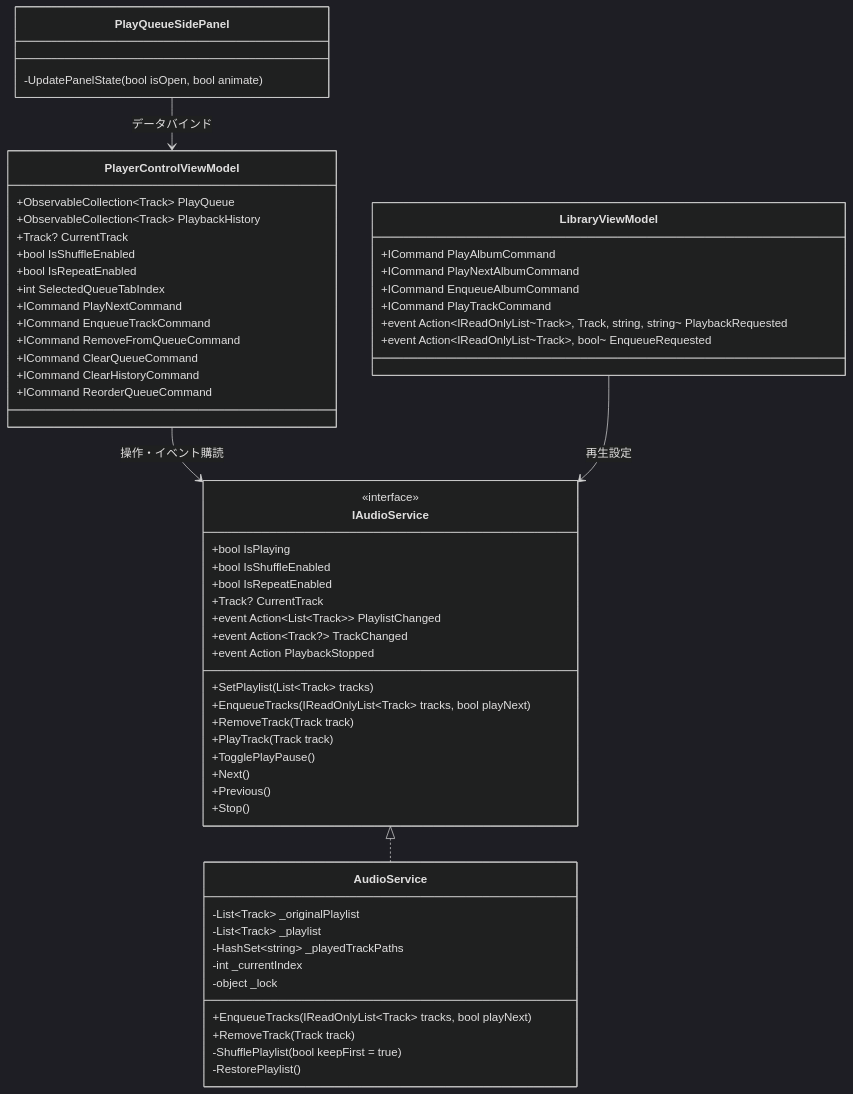
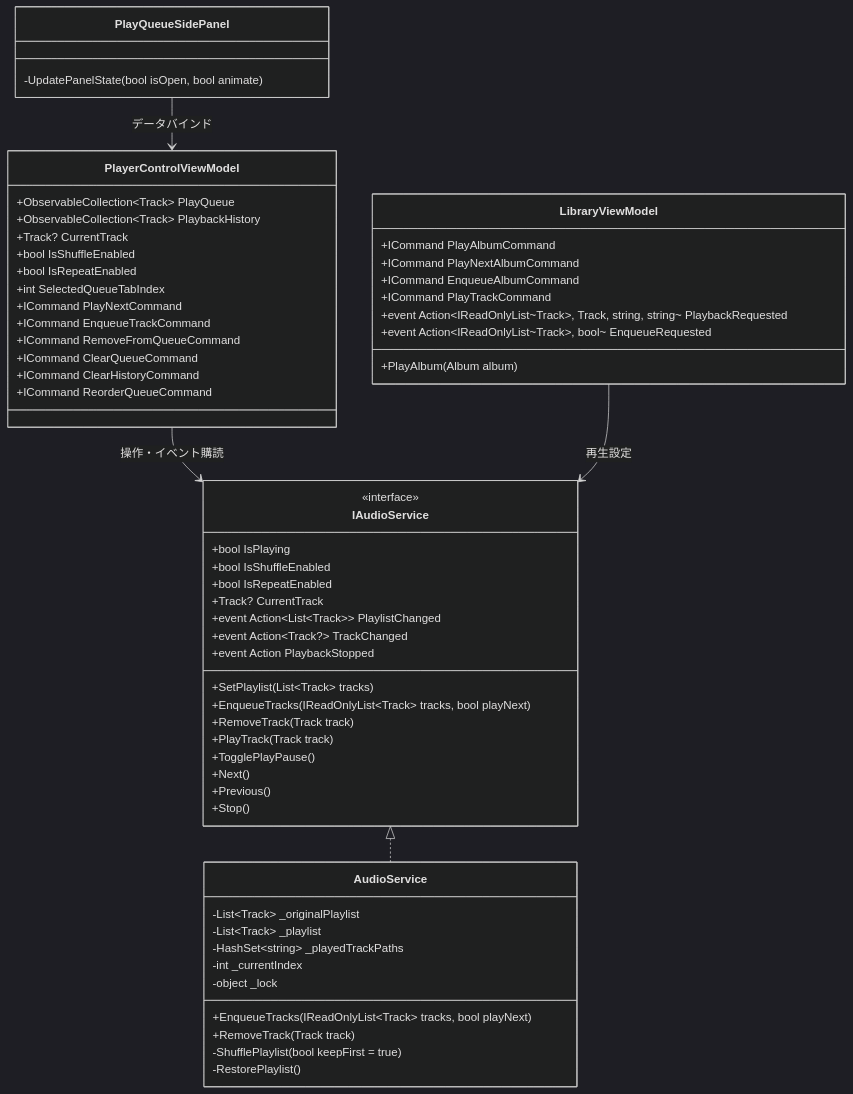
Before and after one commit to taketonnbo/Audio_Effector: the first of 5 diagrams in 設計/詳細設計/再生キュー.md, drawn with Mermaid (dark theme). The commit also changed other lines of this file and 4 other files, not shown here.

````diff
--- a/設計/詳細設計/再生キュー.md
+++ b/設計/詳細設計/再生キュー.md
@@ -16,66 +16,67 @@
 ```mermaid
 classDiagram
     class IAudioService {
         <<interface>>
         +bool IsPlaying
         +bool IsShuffleEnabled
         +bool IsRepeatEnabled
         +Track? CurrentTrack
         +event Action~List~Track~~ PlaylistChanged
         +event Action~Track?~ TrackChanged
         +event Action PlaybackStopped
         +SetPlaylist(List~Track~ tracks)
         +EnqueueTracks(IReadOnlyList~Track~ tracks, bool playNext)
         +RemoveTrack(Track track)
         +PlayTrack(Track track)
         +TogglePlayPause()
         +Next()
         +Previous()
         +Stop()
     }
 
     class AudioService {
         -List~Track~ _originalPlaylist
         -List~Track~ _playlist
         -HashSet~string~ _playedTrackPaths
         -int _currentIndex
         -object _lock
         +EnqueueTracks(IReadOnlyList~Track~ tracks, bool playNext)
         +RemoveTrack(Track track)
         -ShufflePlaylist(bool keepFirst = true)
         -RestorePlaylist()
     }
 
     class PlayerControlViewModel {
         +ObservableCollection~Track~ PlayQueue
         +ObservableCollection~Track~ PlaybackHistory
         +Track? CurrentTrack
         +bool IsShuffleEnabled
         +bool IsRepeatEnabled
         +int SelectedQueueTabIndex
         +ICommand PlayNextCommand
         +ICommand EnqueueTrackCommand
         +ICommand RemoveFromQueueCommand
         +ICommand ClearQueueCommand
         +ICommand ClearHistoryCommand
         +ICommand ReorderQueueCommand
     }
 
     class LibraryViewModel {
         +ICommand PlayAlbumCommand
         +ICommand PlayNextAlbumCommand
         +ICommand EnqueueAlbumCommand
         +ICommand PlayTrackCommand
+        +PlayAlbum(Album album)
         +event Action~IReadOnlyList~Track~, Track, string, string~ PlaybackRequested
         +event Action~IReadOnlyList~Track~, bool~ EnqueueRequested
     }
 
     class PlayQueueSidePanel {
         -UpdatePanelState(bool isOpen, bool animate)
     }
 
     IAudioService <|.. AudioService
     PlayerControlViewModel --> IAudioService : 操作・イベント購読
     LibraryViewModel --> IAudioService : 再生設定
     PlayQueueSidePanel --> PlayerControlViewModel : データバインド
 ```
````
